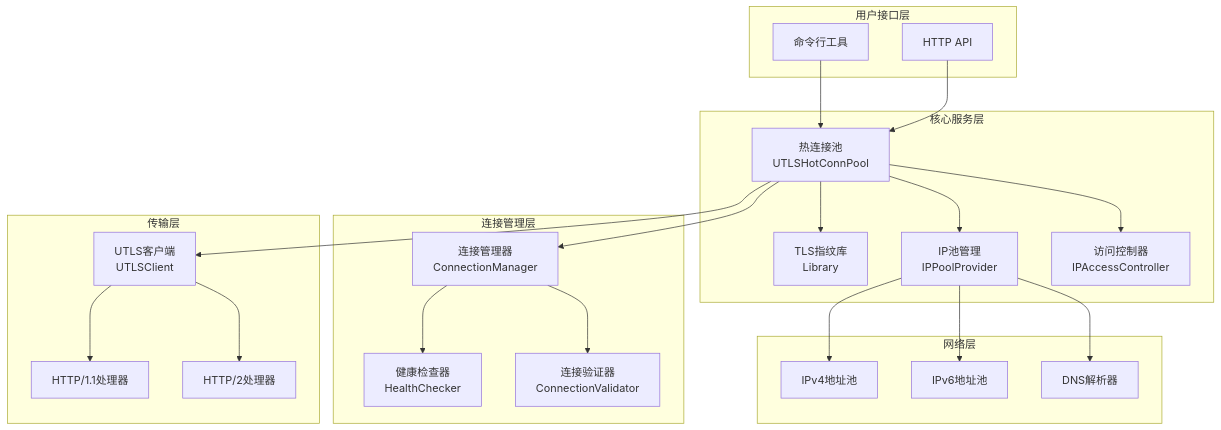
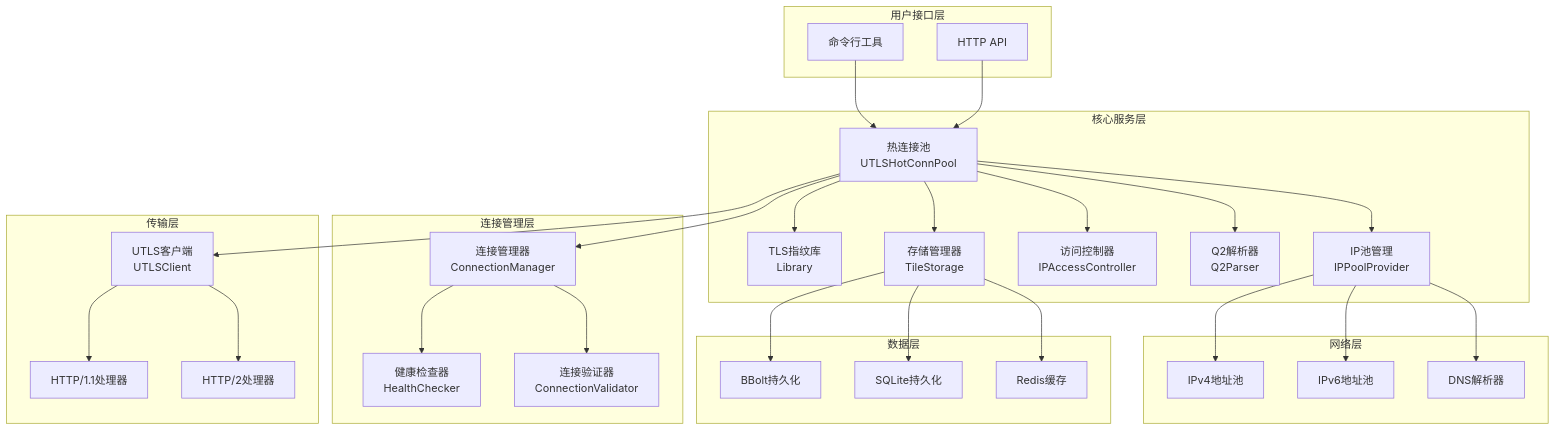
The first of 14 diagrams in .qoder/repowiki/zh/content/核心功能/核心功能.md (vistone/crawler-platform), drawn with Mermaid before and after one commit. The commit also changed other lines of this file and 36 other files, not shown here.

````diff
--- a/.qoder/repowiki/zh/content/核心功能/核心功能.md
+++ b/.qoder/repowiki/zh/content/核心功能/核心功能.md
@@ -44,42 +62,54 @@
 ```mermaid
 graph TB
 subgraph "用户接口层"
 CLI[命令行工具]
 API[HTTP API]
 end
 subgraph "核心服务层"
 HC[热连接池<br/>UTLSHotConnPool]
 FP[TLS指纹库<br/>Library]
 IP[IP池管理<br/>IPPoolProvider]
 AC[访问控制器<br/>IPAccessController]
+Q2[Q2解析器<br/>Q2Parser]
+ST[存储管理器<br/>TileStorage]
 end
 subgraph "连接管理层"
 CM[连接管理器<br/>ConnectionManager]
 HC_CHECK[健康检查器<br/>HealthChecker]
 CV[连接验证器<br/>ConnectionValidator]
 end
 subgraph "传输层"
 TC[UTLS客户端<br/>UTLSClient]
 HTTP1[HTTP/1.1处理器]
 HTTP2[HTTP/2处理器]
 end
 subgraph "网络层"
 IPv4[IPv4地址池]
 IPv6[IPv6地址池]
 DNS[DNS解析器]
 end
+subgraph "数据层"
+BB[BBolt持久化]
+SQ[SQLite持久化]
+RD[Redis缓存]
+end
 CLI --> HC
 API --> HC
 HC --> CM
 HC --> FP
 HC --> IP
 HC --> AC
+HC --> TC
 CM --> HC_CHECK
 CM --> CV
-HC --> TC
 TC --> HTTP1
 TC --> HTTP2
 IP --> IPv4
 IP --> IPv6
 IP --> DNS
+HC --> Q2
+HC --> ST
+ST --> BB
+ST --> SQ
+ST --> RD
 ```
````
